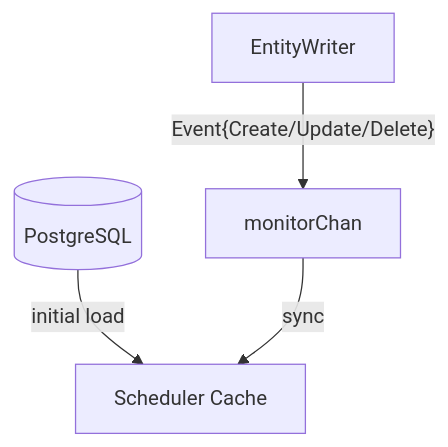
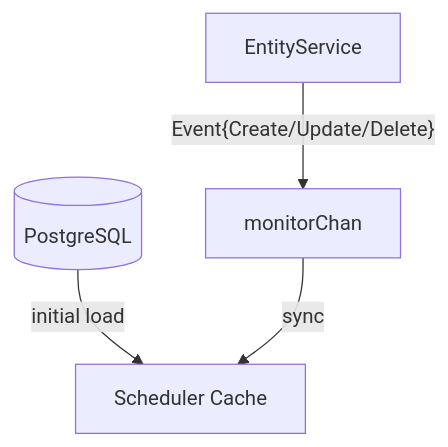
The ninth of 10 diagrams in ARCHITECTURE.md (PremModhaOfficial/nms), drawn with Mermaid before and after one commit. The commit also changed other lines of this file and 24 other files, not shown here.

````diff
--- a/ARCHITECTURE.md
+++ b/ARCHITECTURE.md
@@ -385,11 +388,11 @@
 ```mermaid
 graph TD
     DB[(PostgreSQL)]
-    EW[EntityWriter]
+    ES[EntityService]
     CH[monitorChan]
     SCH[Scheduler Cache]
 
     DB -->|"initial load"| SCH
-    EW -->|"Event{Create/Update/Delete}"| CH
+    ES -->|"Event{Create/Update/Delete}"| CH
     CH -->|"sync"| SCH
 ```
````
